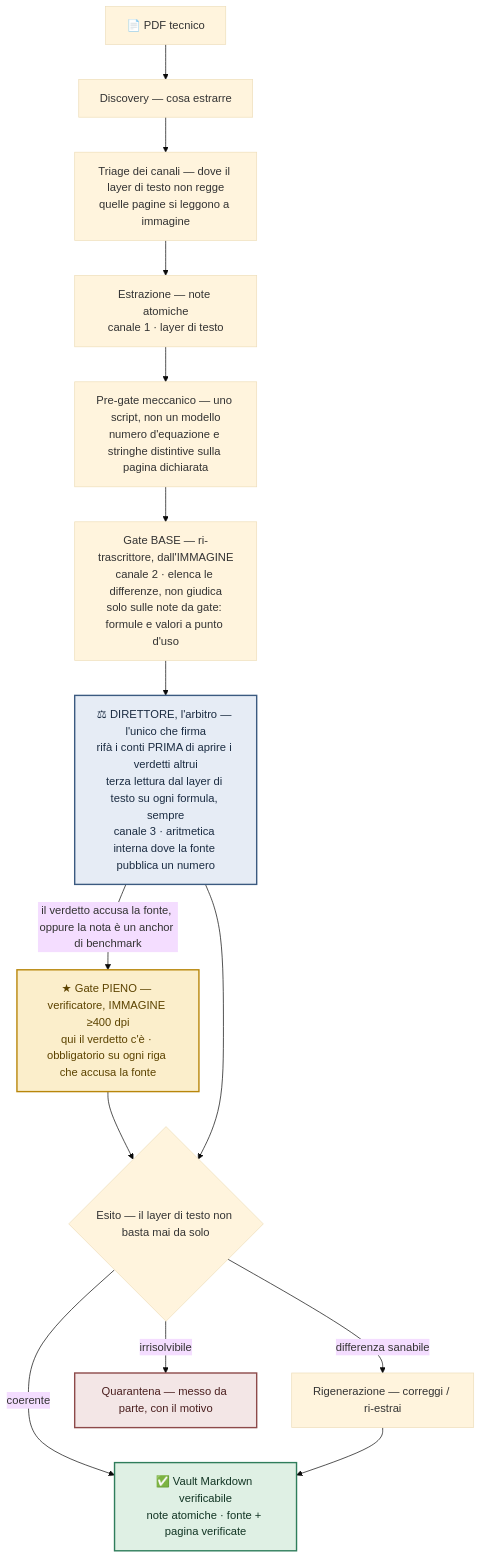
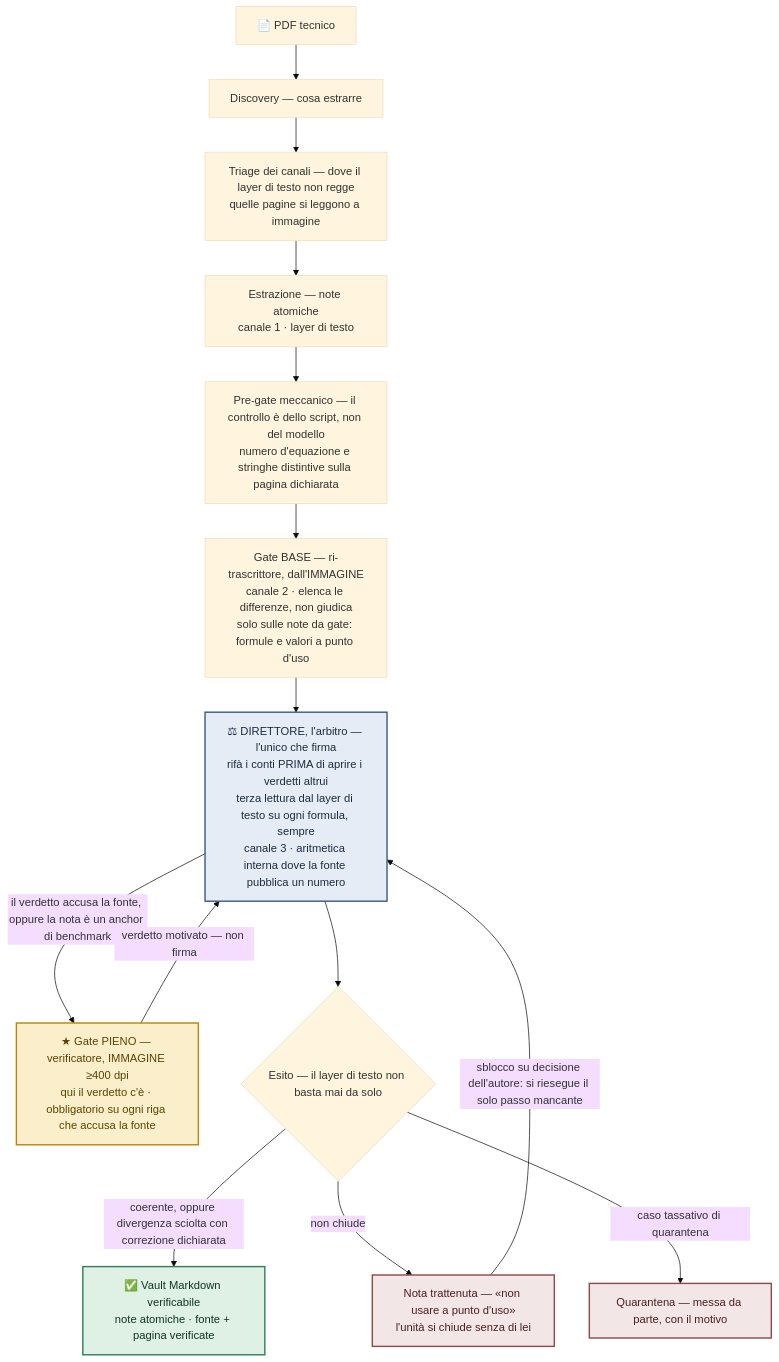
Before and after one commit to torus24/florilegium: the diagram in README.it.md, drawn with Mermaid (base theme). The commit also changed other lines of this file and 19 other files, not shown here.

````diff
--- a/README.it.md
+++ b/README.it.md
@@ -123,26 +130,27 @@
 ```mermaid
 flowchart TB
     PDF["📄 PDF tecnico"] --> DISC["Discovery — cosa estrarre"]
     DISC --> TRI["Triage dei canali — dove il layer di testo non regge<br/>quelle pagine si leggono a immagine"]
     TRI --> EXTR["Estrazione — note atomiche<br/>canale 1 · layer di testo"]
-    EXTR --> PRE["Pre-gate meccanico — uno script, non un modello<br/>numero d'equazione e stringhe distintive sulla pagina dichiarata"]
+    EXTR --> PRE["Pre-gate meccanico — il controllo è dello script, non del modello<br/>numero d'equazione e stringhe distintive sulla pagina dichiarata"]
     PRE --> BASE["Gate BASE — ri-trascrittore, dall'IMMAGINE<br/>canale 2 · elenca le differenze, non giudica<br/>solo sulle note da gate: formule e valori a punto d'uso"]
     BASE --> ARB["⚖ DIRETTORE, l'arbitro — l'unico che firma<br/>rifà i conti PRIMA di aprire i verdetti altrui<br/>terza lettura dal layer di testo su ogni formula, sempre<br/>canale 3 · aritmetica interna dove la fonte pubblica un numero"]
     ARB -- "il verdetto accusa la fonte, oppure la nota è un anchor di benchmark" --> FULL["★ Gate PIENO — verificatore, IMMAGINE ≥400 dpi<br/>qui il verdetto c'è · obbligatorio su ogni riga che accusa la fonte"]
-    FULL --> ESITO{"Esito — il layer di testo non basta mai da solo"}
-    ARB --> ESITO
+    FULL -- "verdetto motivato — non firma" --> ARB
+    ARB --> ESITO{"Esito — il layer di testo non basta mai da solo"}
 
-    ESITO -- "coerente" --> VAULT["✅ Vault Markdown verificabile<br/>note atomiche · fonte + pagina verificate"]
-    ESITO -- "differenza sanabile" --> REGEN["Rigenerazione — correggi / ri-estrai"]
-    ESITO -- "irrisolvibile" --> QUAR["Quarantena — messo da parte, con il motivo"]
-    REGEN --> VAULT
+    ESITO -- "coerente, oppure divergenza sciolta con correzione dichiarata" --> VAULT["✅ Vault Markdown verificabile<br/>note atomiche · fonte + pagina verificate"]
+    ESITO -- "non chiude" --> HELD["Nota trattenuta — «non usare a punto d'uso»<br/>l'unità si chiude senza di lei"]
+    ESITO -- "caso tassativo di quarantena" --> QUAR["Quarantena — messa da parte, con il motivo"]
+    HELD -- "sblocco su decisione dell'autore: si riesegue il solo passo mancante" --> ARB
 
     classDef hero fill:#fbeecb,stroke:#b8860b,stroke-width:2px,color:#5c4300;
     classDef done fill:#dff0e4,stroke:#2f7d5b,stroke-width:2px,color:#123524;
     classDef hold fill:#f3e6e6,stroke:#8d4a4a,stroke-width:2px,color:#4a1f1f;
     classDef judge fill:#e6ecf5,stroke:#3b5a80,stroke-width:2px,color:#1b2c42;
     class FULL hero;
     class ARB judge;
     class VAULT done;
     class QUAR hold;
+    class HELD hold;
 ```
````
